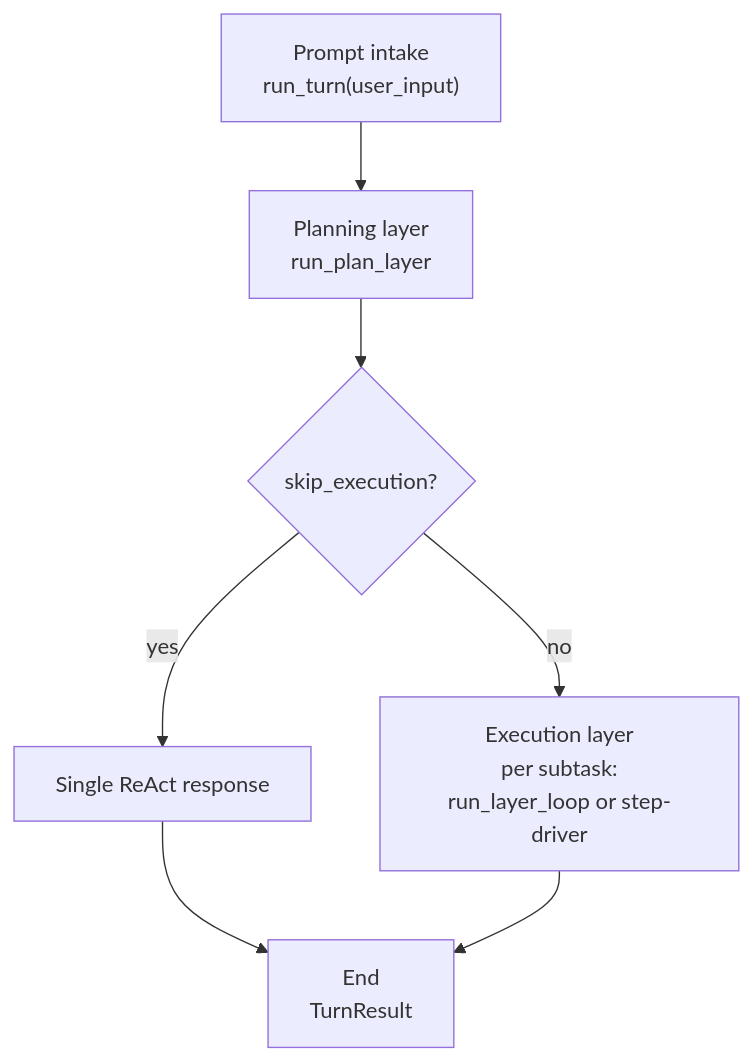
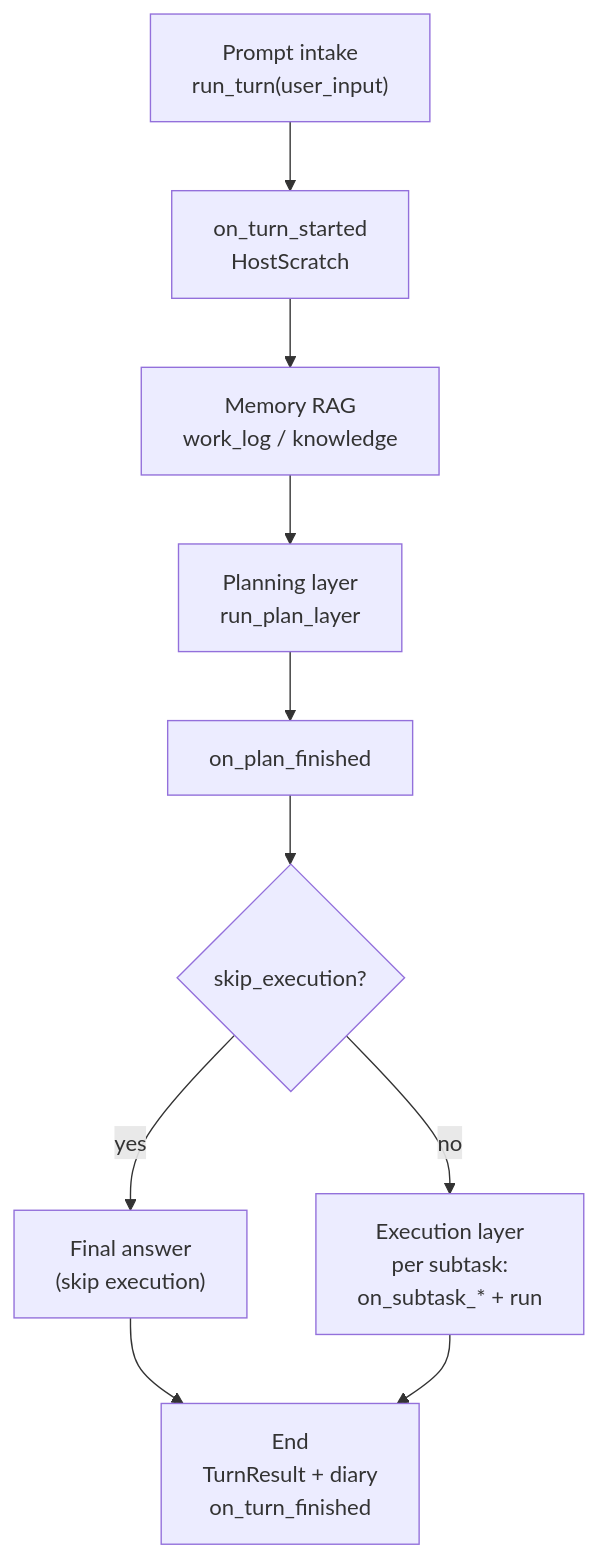
Before and after one commit to tax-mux/harness-seed: the second of 6 diagrams in doc/en/architecture/00_harness-seed-structure.md, drawn with Mermaid. The commit also changed other lines of this file and 32 other files, not shown here.

First line of the commit message:
Clarify architecture docs with glossary and plain openings.

````diff
--- a/doc/en/architecture/00_harness-seed-structure.md
+++ b/doc/en/architecture/00_harness-seed-structure.md
@@ -17,9 +54,12 @@
 ```mermaid
 flowchart TB
-    A["Prompt intake<br/>run_turn(user_input)"] --> B["Planning layer<br/>run_plan_layer"]
-    B --> C{"skip_execution?"}
-    C -->|yes| D["Single ReAct response"]
-    C -->|no| E["Execution layer<br/>per subtask:<br/>run_layer_loop or step-driver"]
-    D --> F["End<br/>TurnResult"]
+    A["Prompt intake<br/>run_turn(user_input)"] --> H0["on_turn_started<br/>HostScratch"]
+    H0 --> M["Memory RAG<br/>work_log / knowledge"]
+    M --> B["Planning layer<br/>run_plan_layer"]
+    B --> H1["on_plan_finished"]
+    H1 --> C{"skip_execution?"}
+    C -->|yes| D["Final answer<br/>(skip execution)"]
+    C -->|no| E["Execution layer<br/>per subtask:<br/>on_subtask_* + run"]
+    D --> F["End<br/>TurnResult + diary<br/>on_turn_finished"]
     E --> F
 ```
````
